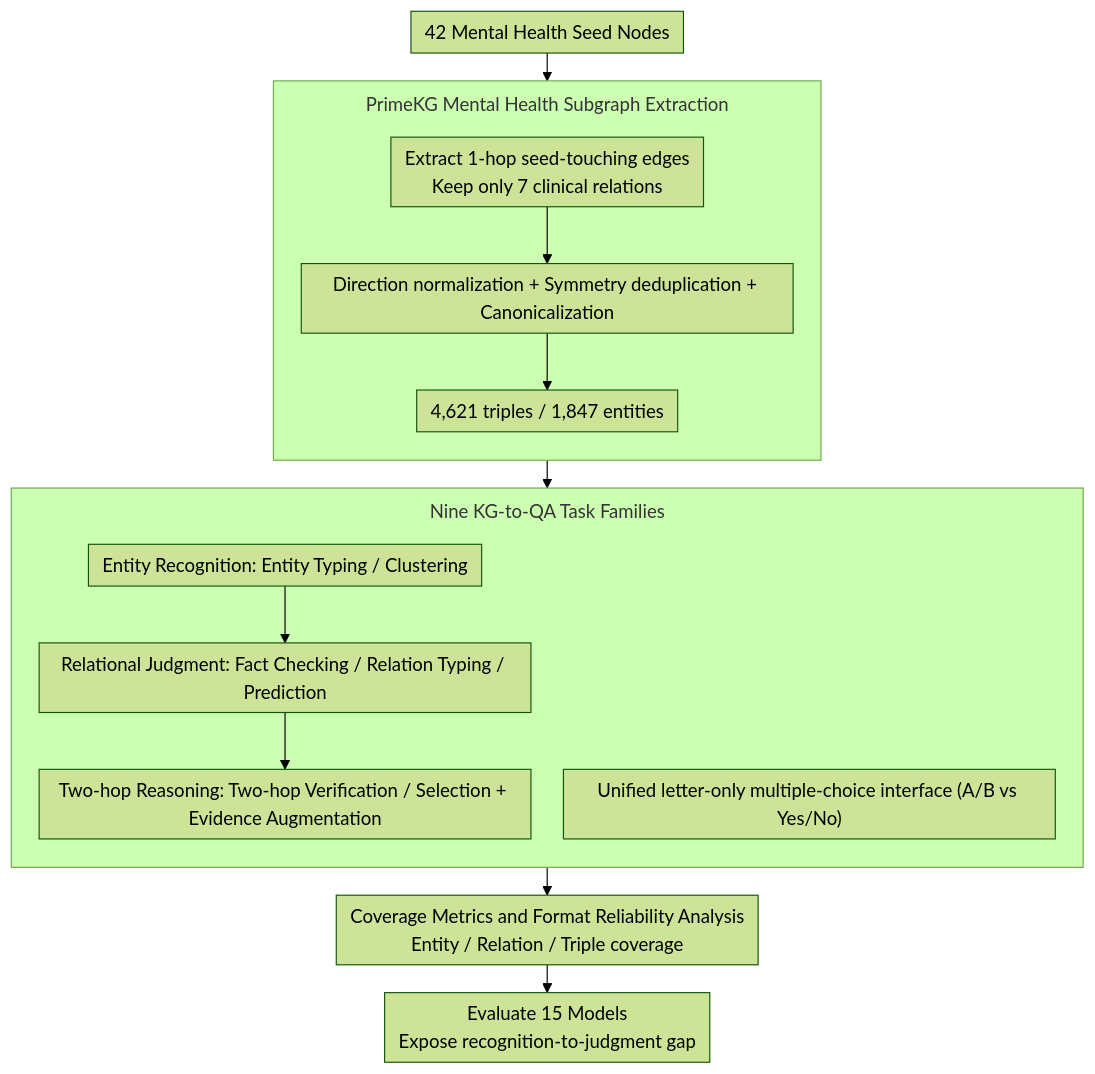
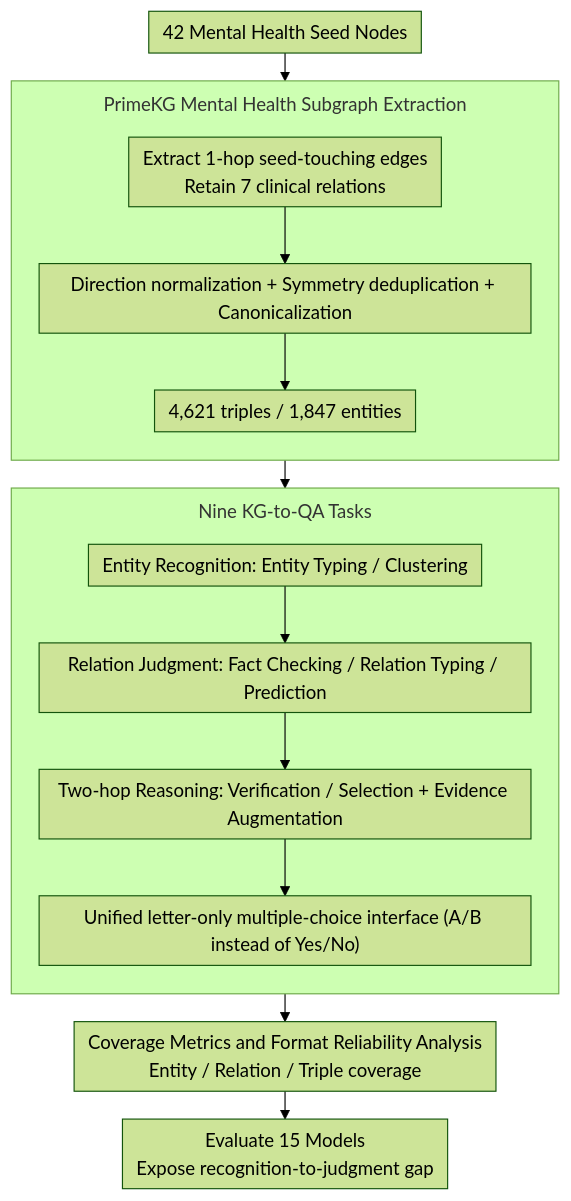
One commit to zhaoyang97/Paper-Notes-en changed the diagram in docs/ACL2026/medical_nlp/mhgraphbench_knowledge_graph-grounded_benchmarking_of_mental_health_knowledge_in.md. Above: the diagram before and after it, drawn with Mermaid (forest theme). The commit also changed other lines of this file and 5084 other files, not shown here.

````diff
--- a/docs/ACL2026/medical_nlp/mhgraphbench_knowledge_graph-grounded_benchmarking_of_mental_health_knowledge_in.md
+++ b/docs/ACL2026/medical_nlp/mhgraphbench_knowledge_graph-grounded_benchmarking_of_mental_health_knowledge_in.md
@@ -45,19 +45,19 @@
 ```mermaid
 %%{init: {'flowchart': {'rankSpacing': 24, 'nodeSpacing': 28, 'padding': 6, 'wrappingWidth': 400, 'subGraphTitleMargin': {'top': 8, 'bottom': 16}}}}%%
 flowchart TD
     A["42 Mental Health Seed Nodes"] --> SUB
     subgraph SUB["PrimeKG Mental Health Subgraph Extraction"]
         direction TB
-        B["Extract 1-hop seed-touching edges<br/>Keep only 7 clinical relations"] --> C["Direction normalization + Symmetry deduplication + Canonicalization"]
+        B["Extract 1-hop seed-touching edges<br/>Retain 7 clinical relations"] --> C["Direction normalization + Symmetry deduplication + Canonicalization"]
         C --> D["4,621 triples / 1,847 entities"]
     end
     SUB --> TASK
-    subgraph TASK["Nine KG-to-QA Task Families"]
+    subgraph TASK["Nine KG-to-QA Tasks"]
         direction TB
-        E["Entity Recognition: Entity Typing / Clustering"] --> F["Relational Judgment: Fact Checking / Relation Typing / Prediction"]
-        F --> G["Two-hop Reasoning: Two-hop Verification / Selection + Evidence Augmentation"]
-        H["Unified letter-only multiple-choice interface (A/B vs Yes/No)"]
+        E["Entity Recognition: Entity Typing / Clustering"] --> F["Relation Judgment: Fact Checking / Relation Typing / Prediction"]
+        F --> G["Two-hop Reasoning: Verification / Selection + Evidence Augmentation"]
+        G --> H["Unified letter-only multiple-choice interface (A/B instead of Yes/No)"]
     end
     TASK --> I["Coverage Metrics and Format Reliability Analysis<br/>Entity / Relation / Triple coverage"]
     I --> J["Evaluate 15 Models<br/>Expose recognition-to-judgment gap"]
 ```
````
